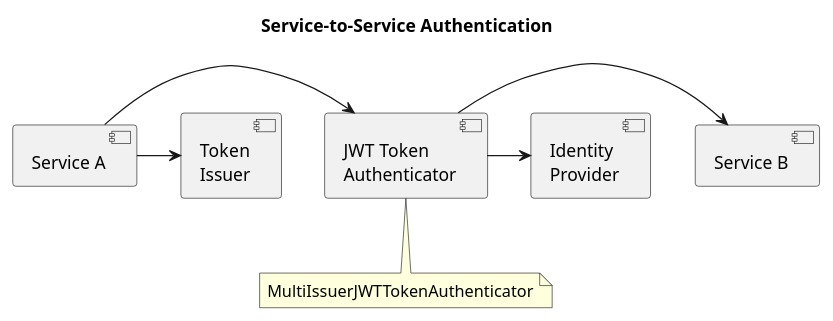
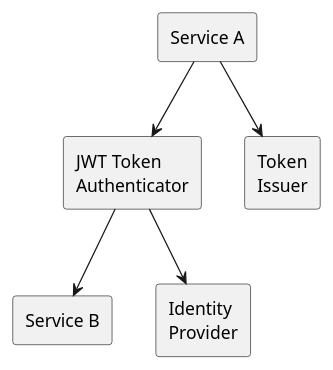
Before and after one commit to cuioss/nifi-extensions: the diagram in doc/plantuml/service-to-service-authentication.puml, drawn with PlantUML. The commit also changed 8 other files, not shown here.

```diff
--- a/doc/plantuml/service-to-service-authentication.puml
+++ b/doc/plantuml/service-to-service-authentication.puml
@@ -1,18 +1,15 @@
-@startuml
-title Service-to-Service Authentication
+@startuml service-to-service-authentication
+skinparam componentStyle rectangle
 
 component "Service A" as serviceA
-component "JWT Token\nAuthenticator" as auth
+component "JWT Token\nAuthenticator" as authenticator
 component "Service B" as serviceB
-component "Token\nIssuer" as issuer
+component "Token\nIssuer" as tokenIssuer
 component "Identity\nProvider" as idp
 
-serviceA -> auth
-auth -> serviceB
-serviceA -> issuer
-auth -> idp
+serviceA --> authenticator
+authenticator --> serviceB
+serviceA --> tokenIssuer
+authenticator --> idp
 
-note bottom of auth
-  MultiIssuerJWTTokenAuthenticator
-end note
 @enduml
```
